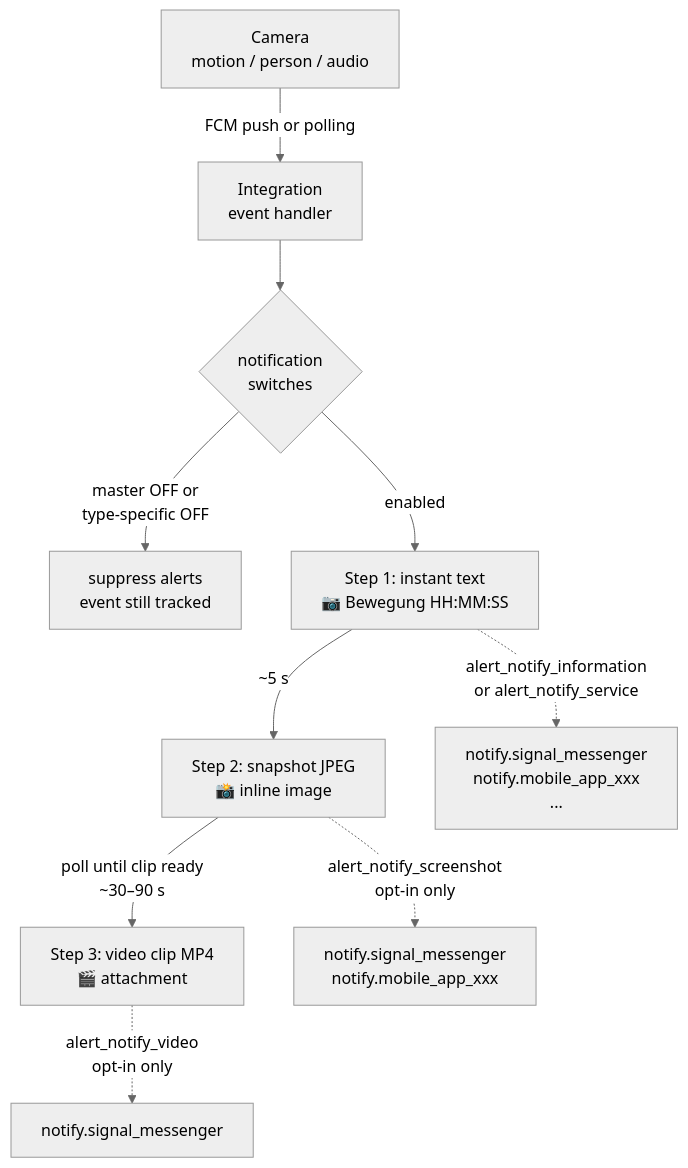
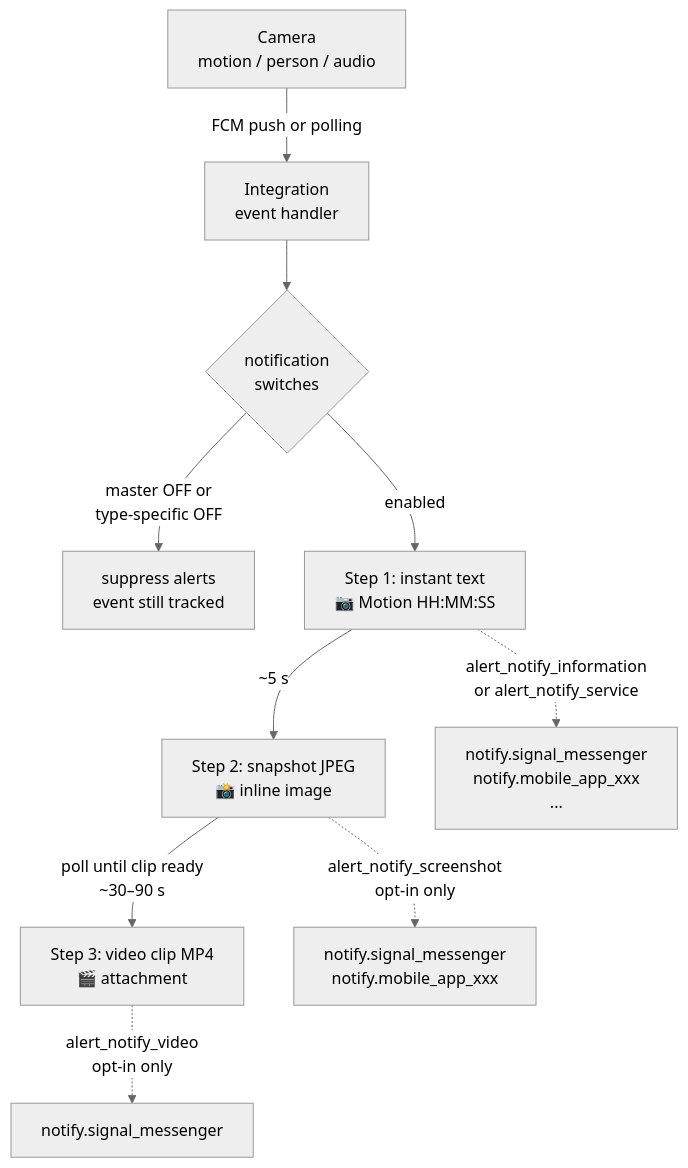
Before and after one commit to mosandlt/Bosch-Smart-Home-Camera-Tool-HomeAssistant: the ninth of 11 diagrams in README.md, drawn with Mermaid (neutral theme). The commit also changed other lines of this file, not shown here.

````diff
--- a/README.md
+++ b/README.md
@@ -763,13 +763,13 @@
 ```mermaid
 flowchart TD
     Cam[Camera<br/>motion / person / audio] -->|FCM push or polling| Int[Integration<br/>event handler]
     Int --> Gate{notification<br/>switches}
     Gate -->|master OFF or<br/>type-specific OFF| Skip[suppress alerts<br/>event still tracked]
     Gate -->|enabled| S1
-    S1["Step 1: instant text<br/>📷 Bewegung HH:MM:SS"] -->|~5 s| S2
+    S1["Step 1: instant text<br/>📷 Motion HH:MM:SS"] -->|~5 s| S2
     S2["Step 2: snapshot JPEG<br/>📸 inline image"] -->|poll until clip ready<br/>~30–90 s| S3
     S3["Step 3: video clip MP4<br/>🎬 attachment"]
     S1 -.->|alert_notify_information<br/>or alert_notify_service| Notify1["notify.signal_messenger<br/>notify.mobile_app_xxx<br/>..."]
     S2 -.->|alert_notify_screenshot<br/>opt-in only| Notify2["notify.signal_messenger<br/>notify.mobile_app_xxx"]
     S3 -.->|alert_notify_video<br/>opt-in only| Notify3[notify.signal_messenger]
 ```
````
